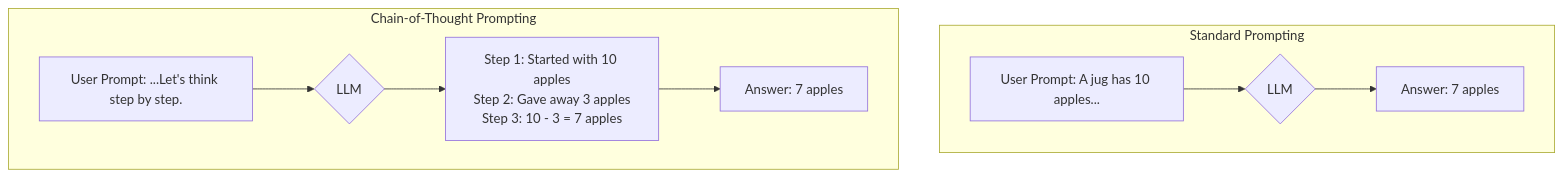
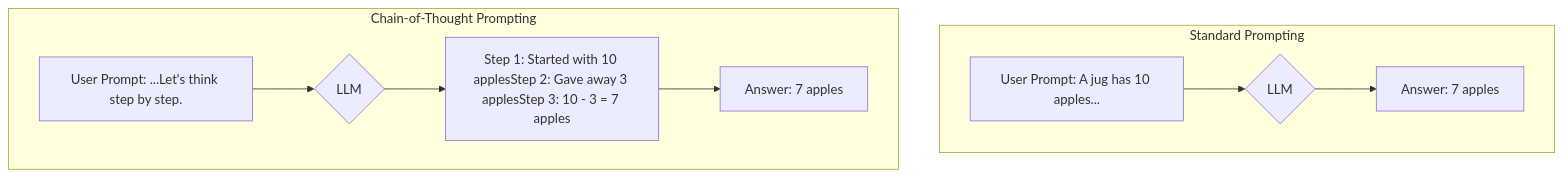
The third of 7 diagrams in content/blog/the-agentic-leap-understanding-and-building-modern-ai-agents.mdx (perfecxion-ai/perfecxion-site), drawn with Mermaid before and after one commit. The commit also changed other lines of this file and 33 other files, not shown here.

````diff
--- a/content/blog/the-agentic-leap-understanding-and-building-modern-ai-agents.mdx
+++ b/content/blog/the-agentic-leap-understanding-and-building-modern-ai-agents.mdx
@@ -160,12 +165,12 @@
 ```mermaid
 graph TD
     subgraph "Standard Prompting"
         A[User Prompt: A jug has 10 apples...] --> B{LLM}
         B --> C[Answer: 7 apples]
     end
     subgraph "Chain-of-Thought Prompting"
         D[User Prompt: ...Let's think step by step.] --> E{LLM}
-        E --> F[Step 1: Started with 10 apples<br/>Step 2: Gave away 3 apples<br/>Step 3: 10 - 3 = 7 apples]
+        E --> F[Step 1: Started with 10 applesStep 2: Gave away 3 applesStep 3: 10 - 3 = 7 apples]
         F --> G[Answer: 7 apples]
     end
 ```
````
